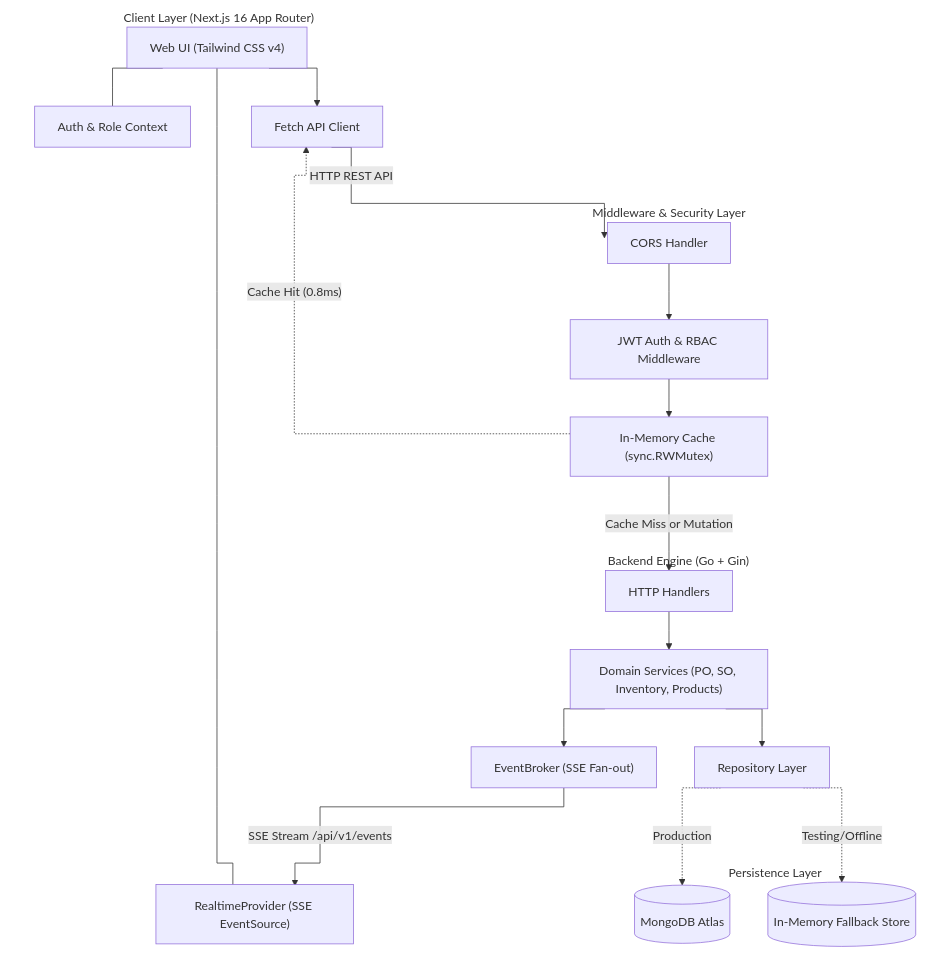
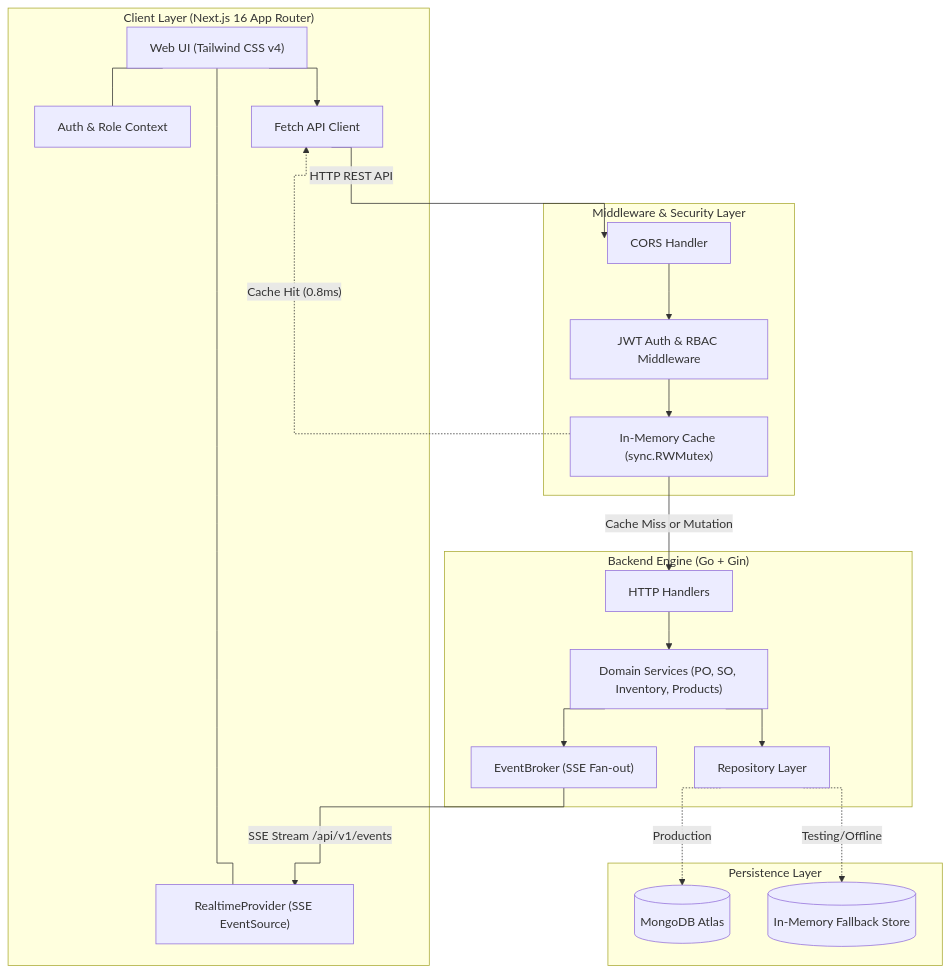
The first of 3 diagrams in README.md (RPriago/stockFlow), drawn with Mermaid before and after one commit. The commit also changed other lines of this file and 2 other files, not shown here.

````diff
--- a/README.md
+++ b/README.md
@@ -57,48 +64,43 @@
 ```mermaid
 %%{init: {"flowchart": {"curve": "stepAfter"}}}%%
 flowchart TD
     subgraph ClientLayer ["Client Layer (Next.js 16 App Router)"]
         UI["Web UI (Tailwind CSS v4)"]
         RTContext["RealtimeProvider (SSE EventSource)"]
         AuthContext["Auth & Role Context"]
         ApiClient["Fetch API Client"]
         UI --- RTContext
         UI --- AuthContext
         UI --> ApiClient
     end
 
     subgraph GatewayLayer ["Middleware & Security Layer"]
         CORS["CORS Handler"]
         AuthGuard["JWT Auth & RBAC Middleware"]
         CacheMW["In-Memory Cache (sync.RWMutex)"]
         CORS --> AuthGuard
         AuthGuard --> CacheMW
     end
 
     subgraph BackendCore ["Backend Engine (Go + Gin)"]
         Handlers["HTTP Handlers"]
         Broker["EventBroker (SSE Fan-out)"]
         Services["Domain Services (PO, SO, Inventory, Products)"]
         Repos["Repository Layer"]
         Handlers --> Services
         Services --> Repos
         Services --> Broker
     end
 
     subgraph StorageLayer ["Persistence Layer"]
         MongoDB[("MongoDB Atlas")]
         MemStore[("In-Memory Fallback Store")]
         Repos -. Production .-> MongoDB
         Repos -. Testing/Offline .-> MemStore
     end
 
     ApiClient -->|"HTTP REST API"| CORS
     Broker -->|"SSE Stream /api/v1/events"| RTContext
     CacheMW -->|"Cache Miss or Mutation"| Handlers
     CacheMW -.->|"Cache Hit (0.8ms)"| ApiClient
-
-    style ClientLayer fill:none,stroke:none
-    style GatewayLayer fill:none,stroke:none
-    style BackendCore fill:none,stroke:none
-    style StorageLayer fill:none,stroke:none
 ```
````
